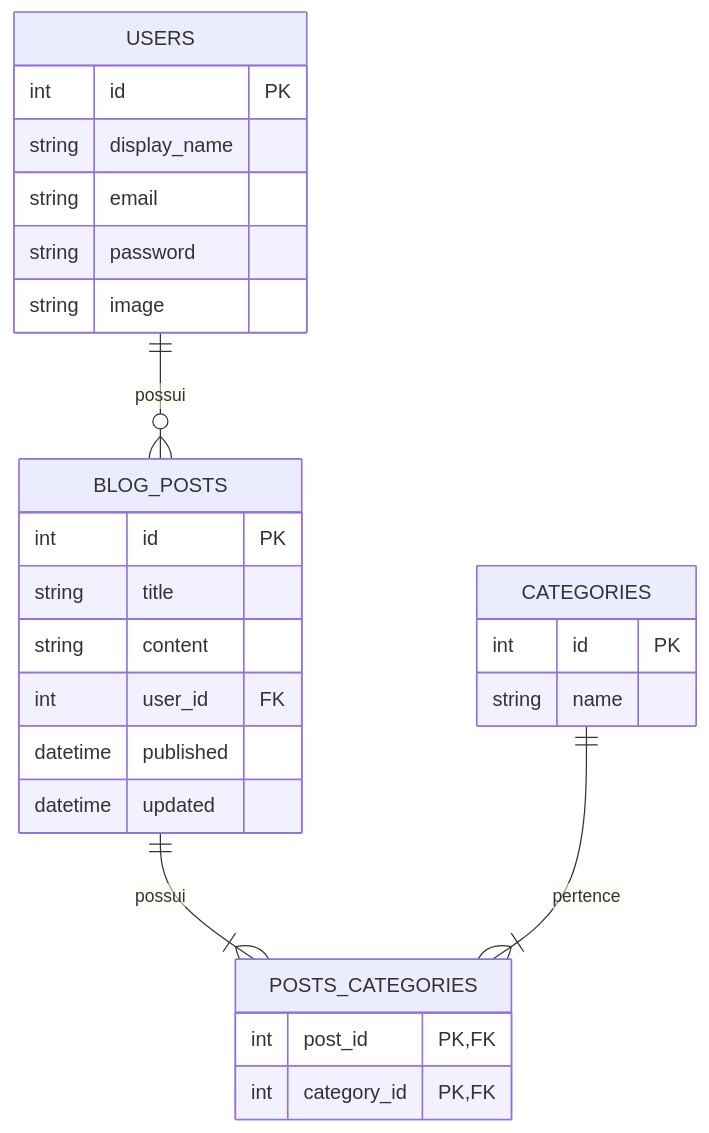
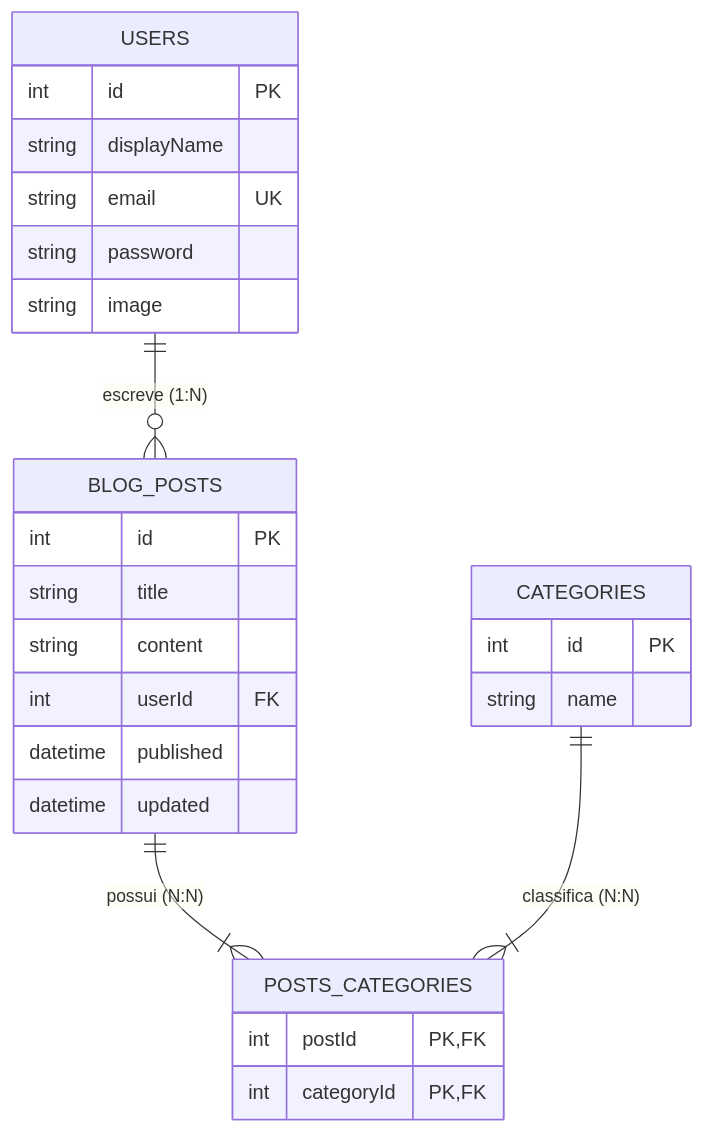
The second of 2 diagrams in README.md (ludson96/project-blogs-api), drawn with Mermaid before and after one commit. The commit also changed other lines of this file and 3 other files, not shown here.

````diff
--- a/README.md
+++ b/README.md
@@ -49,33 +113,33 @@
 ```mermaid
 erDiagram
-    USERS ||--o{ BLOG_POSTS : "possui"
-    BLOG_POSTS ||--|{ POSTS_CATEGORIES : "possui"
-    CATEGORIES ||--|{ POSTS_CATEGORIES : "pertence"
+    USERS ||--o{ BLOG_POSTS : "escreve (1:N)"
+    BLOG_POSTS ||--|{ POSTS_CATEGORIES : "possui (N:N)"
+    CATEGORIES ||--|{ POSTS_CATEGORIES : "classifica (N:N)"
 
     USERS {
         int id PK
-        string display_name
-        string email
+        string displayName
+        string email UK
         string password
         string image
     }
 
     BLOG_POSTS {
         int id PK
         string title
         string content
-        int user_id FK
+        int userId FK
         datetime published
         datetime updated
     }
 
     CATEGORIES {
         int id PK
         string name
     }
 
     POSTS_CATEGORIES {
-        int post_id PK, FK
-        int category_id PK, FK
+        int postId PK, FK
+        int categoryId PK, FK
     }
 ```
````
